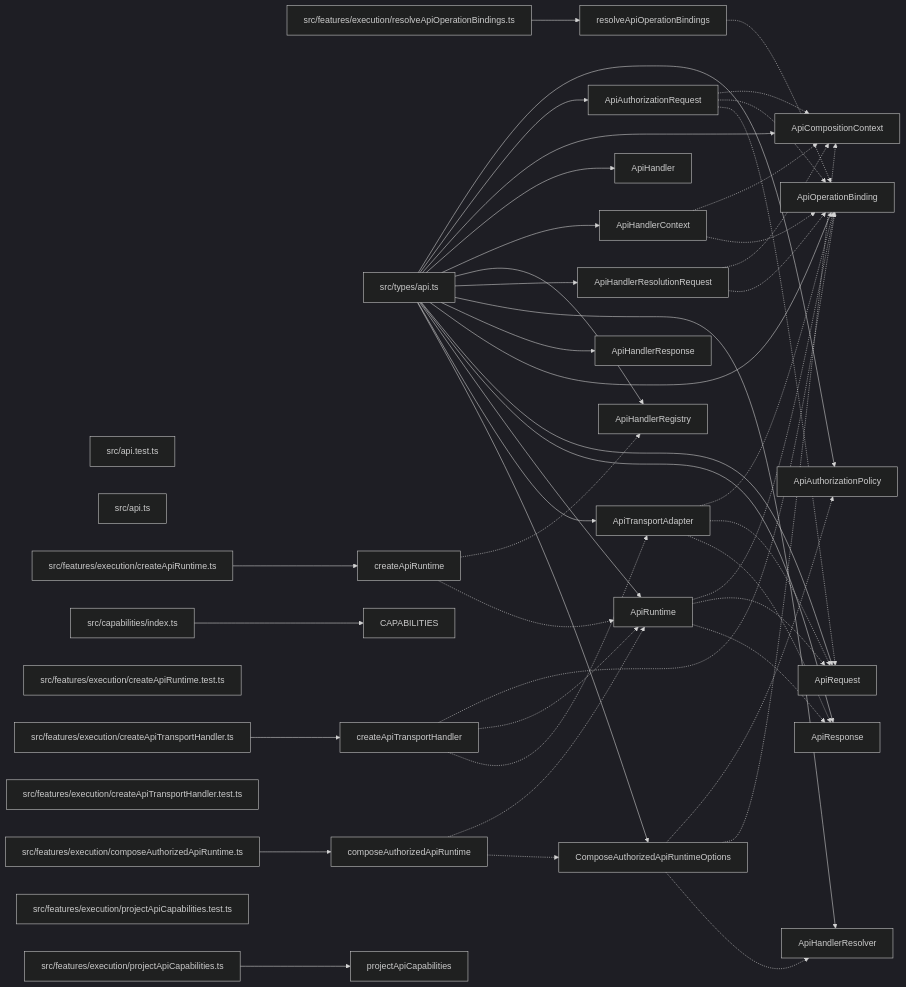
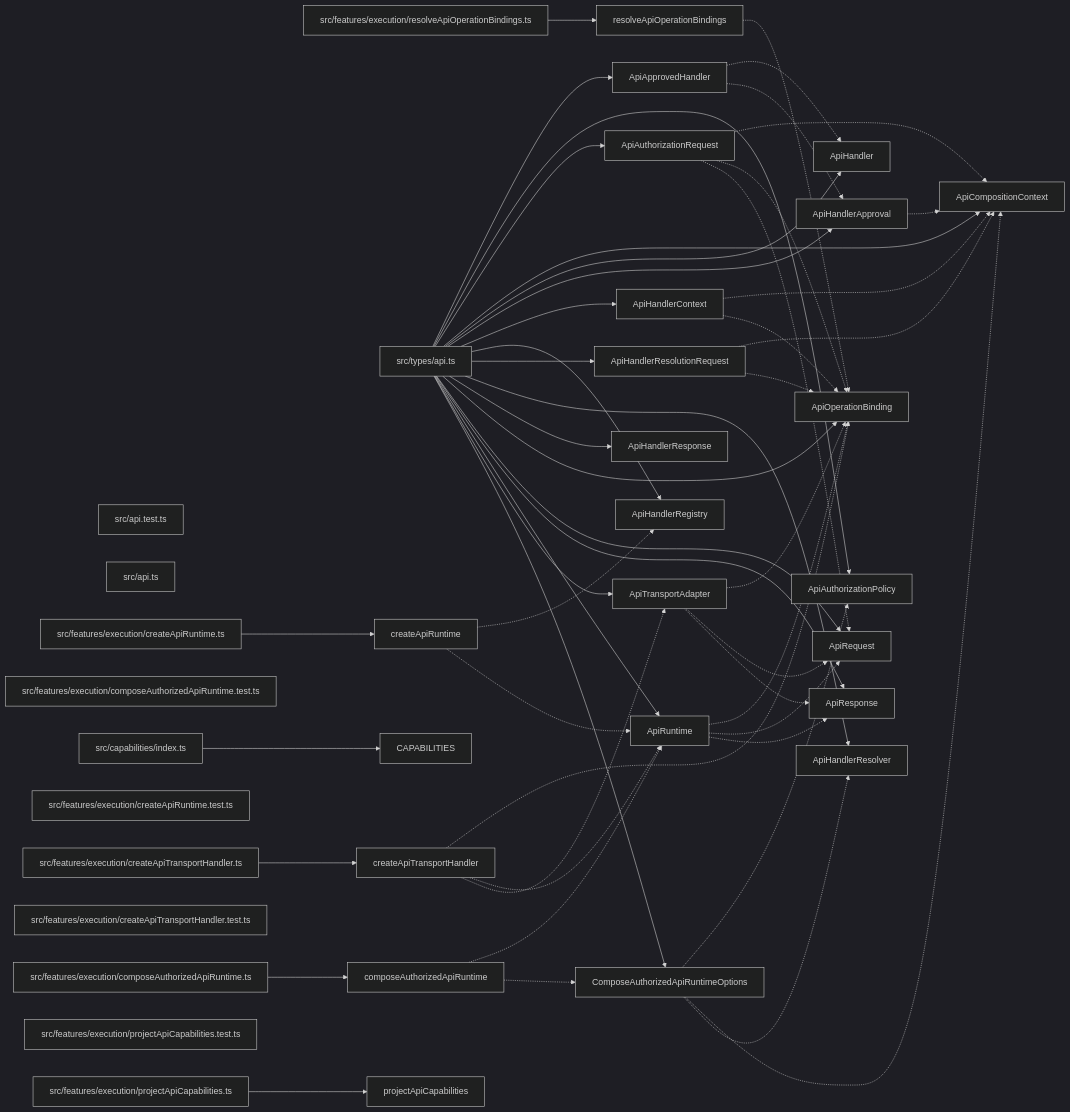
Before and after one commit to ankhorage/api: the diagram in paradox/diagrams/export-graph.mmd, drawn with Mermaid (dark theme). The commit also changed 12 other files, not shown here.

```diff
--- a/paradox/diagrams/export-graph.mmd
+++ b/paradox/diagrams/export-graph.mmd
@@ -1,79 +1,87 @@
 graph LR
   module_src_api_test_ts["src/api.test.ts"]
   module_src_api_ts["src/api.ts"]
   module_src_capabilities_index_ts["src/capabilities/index.ts"]
+  module_src_features_execution_composeAuthorizedApiRuntime_test_ts["src/features/execution/composeAuthorizedApiRuntime.test.ts"]
   module_src_features_execution_composeAuthorizedApiRuntime_ts["src/features/execution/composeAuthorizedApiRuntime.ts"]
   module_src_features_execution_createApiRuntime_test_ts["src/features/execution/createApiRuntime.test.ts"]
   module_src_features_execution_createApiRuntime_ts["src/features/execution/createApiRuntime.ts"]
   module_src_features_execution_createApiTransportHandler_test_ts["src/features/execution/createApiTransportHandler.test.ts"]
   module_src_features_execution_createApiTransportHandler_ts["src/features/execution/createApiTransportHandler.ts"]
   module_src_features_execution_projectApiCapabilities_test_ts["src/features/execution/projectApiCapabilities.test.ts"]
   module_src_features_execution_projectApiCapabilities_ts["src/features/execution/projectApiCapabilities.ts"]
   module_src_features_execution_resolveApiOperationBindings_ts["src/features/execution/resolveApiOperationBindings.ts"]
   module_src_types_api_ts["src/types/api.ts"]
+  export_ApiApprovedHandler["ApiApprovedHandler"]
+  module_src_types_api_ts --> export_ApiApprovedHandler
+  export_ApiApprovedHandler -.-> export_ApiHandler
+  export_ApiApprovedHandler -.-> export_ApiHandlerApproval
   export_ApiAuthorizationPolicy["ApiAuthorizationPolicy"]
   module_src_types_api_ts --> export_ApiAuthorizationPolicy
   export_ApiAuthorizationRequest["ApiAuthorizationRequest"]
   module_src_types_api_ts --> export_ApiAuthorizationRequest
   export_ApiAuthorizationRequest -.-> export_ApiCompositionContext
   export_ApiAuthorizationRequest -.-> export_ApiOperationBinding
   export_ApiAuthorizationRequest -.-> export_ApiRequest
   export_ApiCompositionContext["ApiCompositionContext"]
   module_src_types_api_ts --> export_ApiCompositionContext
   export_ApiHandler["ApiHandler"]
   module_src_types_api_ts --> export_ApiHandler
+  export_ApiHandlerApproval["ApiHandlerApproval"]
+  module_src_types_api_ts --> export_ApiHandlerApproval
+  export_ApiHandlerApproval -.-> export_ApiCompositionContext
   export_ApiHandlerContext["ApiHandlerContext"]
   module_src_types_api_ts --> export_ApiHandlerContext
   export_ApiHandlerContext -.-> export_ApiCompositionContext
   export_ApiHandlerContext -.-> export_ApiOperationBinding
   export_ApiHandlerRegistry["ApiHandlerRegistry"]
   module_src_types_api_ts --> export_ApiHandlerRegistry
   export_ApiHandlerResolutionRequest["ApiHandlerResolutionRequest"]
   module_src_types_api_ts --> export_ApiHandlerResolutionRequest
   export_ApiHandlerResolutionRequest -.-> export_ApiCompositionContext
   export_ApiHandlerResolutionRequest -.-> export_ApiOperationBinding
   export_ApiHandlerResolver["ApiHandlerResolver"]
   module_src_types_api_ts --> export_ApiHandlerResolver
   export_ApiHandlerResponse["ApiHandlerResponse"]
   module_src_types_api_ts --> export_ApiHandlerResponse
   export_ApiOperationBinding["ApiOperationBinding"]
   module_src_types_api_ts --> export_ApiOperationBinding
   export_ApiRequest["ApiRequest"]
   module_src_types_api_ts --> export_ApiRequest
   export_ApiResponse["ApiResponse"]
   module_src_types_api_ts --> export_ApiResponse
   export_ApiRuntime["ApiRuntime"]
   module_src_types_api_ts --> export_ApiRuntime
   export_ApiRuntime -.-> export_ApiOperationBinding
   export_ApiRuntime -.-> export_ApiRequest
   export_ApiRuntime -.-> export_ApiResponse
   export_ApiTransportAdapter["ApiTransportAdapter"]
   module_src_types_api_ts --> export_ApiTransportAdapter
   export_ApiTransportAdapter -.-> export_ApiOperationBinding
   export_ApiTransportAdapter -.-> export_ApiRequest
   export_ApiTransportAdapter -.-> export_ApiResponse
   export_CAPABILITIES["CAPABILITIES"]
   module_src_capabilities_index_ts --> export_CAPABILITIES
   export_composeAuthorizedApiRuntime["composeAuthorizedApiRuntime"]
   module_src_features_execution_composeAuthorizedApiRuntime_ts --> export_composeAuthorizedApiRuntime
   export_composeAuthorizedApiRuntime -.-> export_ApiRuntime
   export_composeAuthorizedApiRuntime -.-> export_ComposeAuthorizedApiRuntimeOptions
   export_ComposeAuthorizedApiRuntimeOptions["ComposeAuthorizedApiRuntimeOptions"]
   module_src_types_api_ts --> export_ComposeAuthorizedApiRuntimeOptions
   export_ComposeAuthorizedApiRuntimeOptions -.-> export_ApiAuthorizationPolicy
   export_ComposeAuthorizedApiRuntimeOptions -.-> export_ApiCompositionContext
   export_ComposeAuthorizedApiRuntimeOptions -.-> export_ApiHandlerResolver
   export_createApiRuntime["createApiRuntime"]
   module_src_features_execution_createApiRuntime_ts --> export_createApiRuntime
   export_createApiRuntime -.-> export_ApiHandlerRegistry
   export_createApiRuntime -.-> export_ApiRuntime
   export_createApiTransportHandler["createApiTransportHandler"]
   module_src_features_execution_createApiTransportHandler_ts --> export_createApiTransportHandler
   export_createApiTransportHandler -.-> export_ApiOperationBinding
   export_createApiTransportHandler -.-> export_ApiRuntime
   export_createApiTransportHandler -.-> export_ApiTransportAdapter
   export_projectApiCapabilities["projectApiCapabilities"]
   module_src_features_execution_projectApiCapabilities_ts --> export_projectApiCapabilities
   export_resolveApiOperationBindings["resolveApiOperationBindings"]
   module_src_features_execution_resolveApiOperationBindings_ts --> export_resolveApiOperationBindings
   export_resolveApiOperationBindings -.-> export_ApiOperationBinding
```
